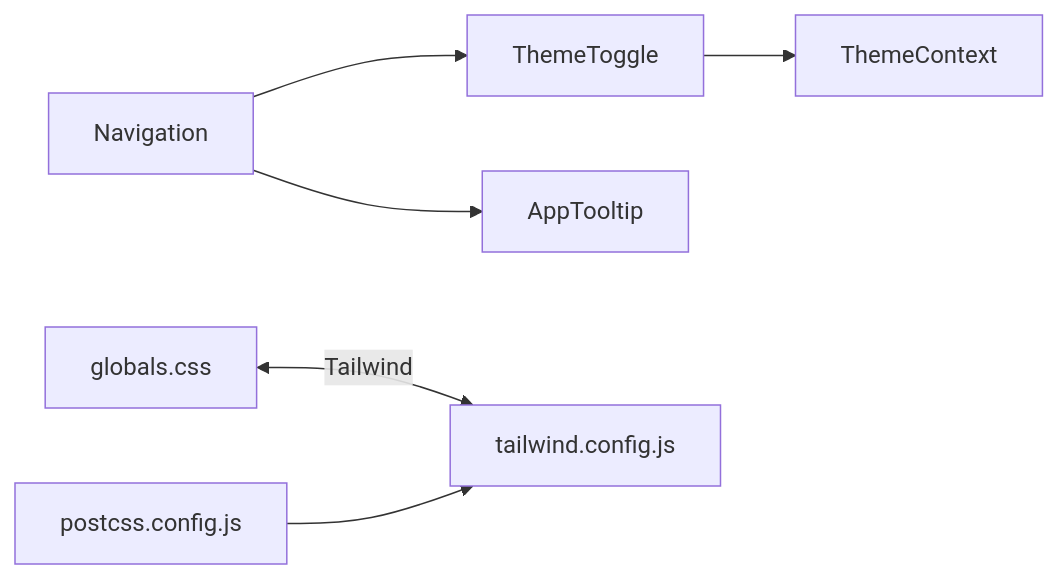
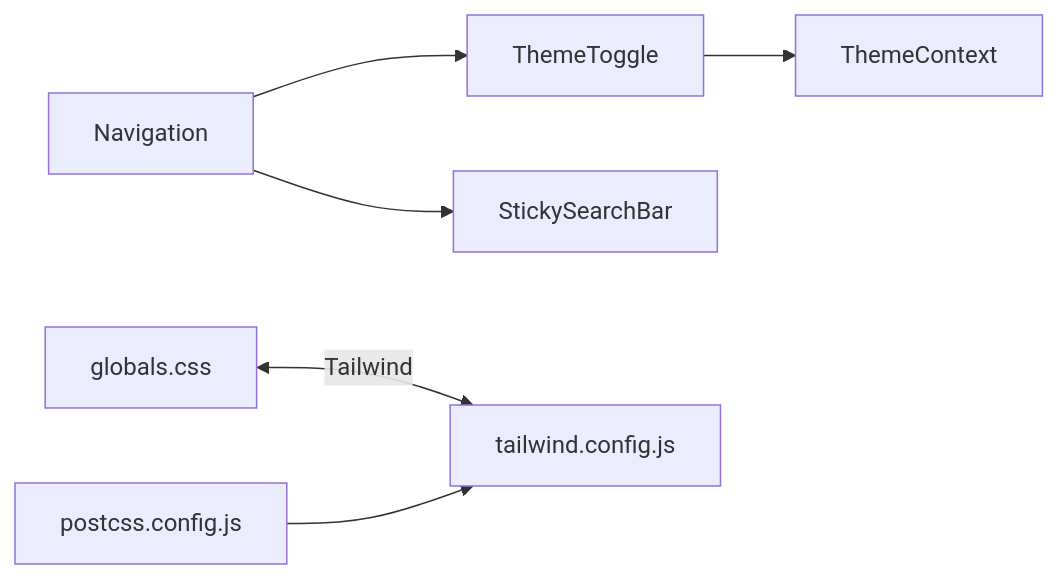
One commit to ptnghia-j/ChordMiniApp changed the tenth of 10 diagrams in .qoder/repowiki/en/content/Frontend Application/Component Library and UI System/Common Components.md. Above: the diagram before and after it, drawn with Mermaid. The commit also changed other lines of this file and 13 other files, not shown here.

````diff
--- a/.qoder/repowiki/en/content/Frontend Application/Component Library and UI System/Common Components.md
+++ b/.qoder/repowiki/en/content/Frontend Application/Component Library and UI System/Common Components.md
@@ -353,8 +367,8 @@
 ```mermaid
 graph LR
 TT["ThemeToggle"] --> TC["ThemeContext"]
 Nav["Navigation"] --> TT
-Nav --> Tip["AppTooltip"]
+Nav --> Search["StickySearchBar"]
 GC["globals.css"] <-- Tailwind --> TW["tailwind.config.js"]
 PC["postcss.config.js"] --> TW
 ```
````
